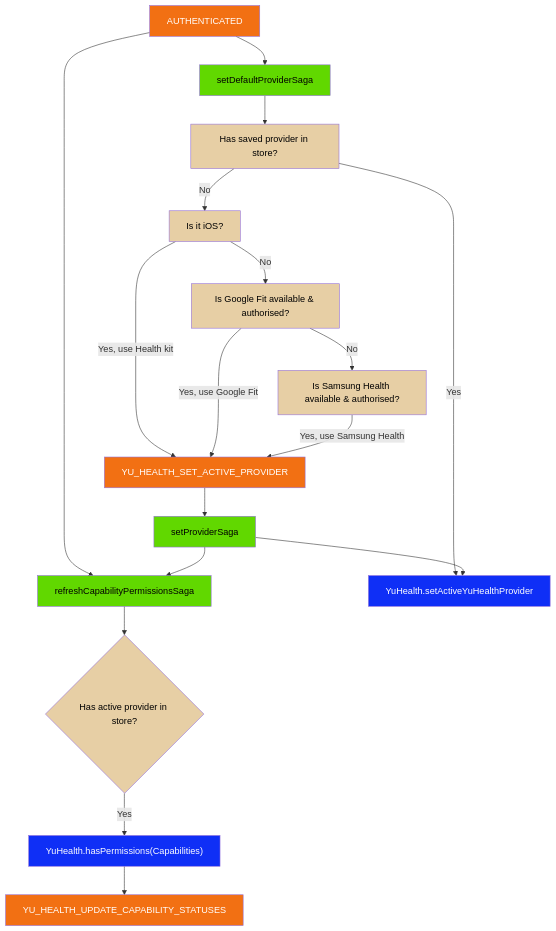
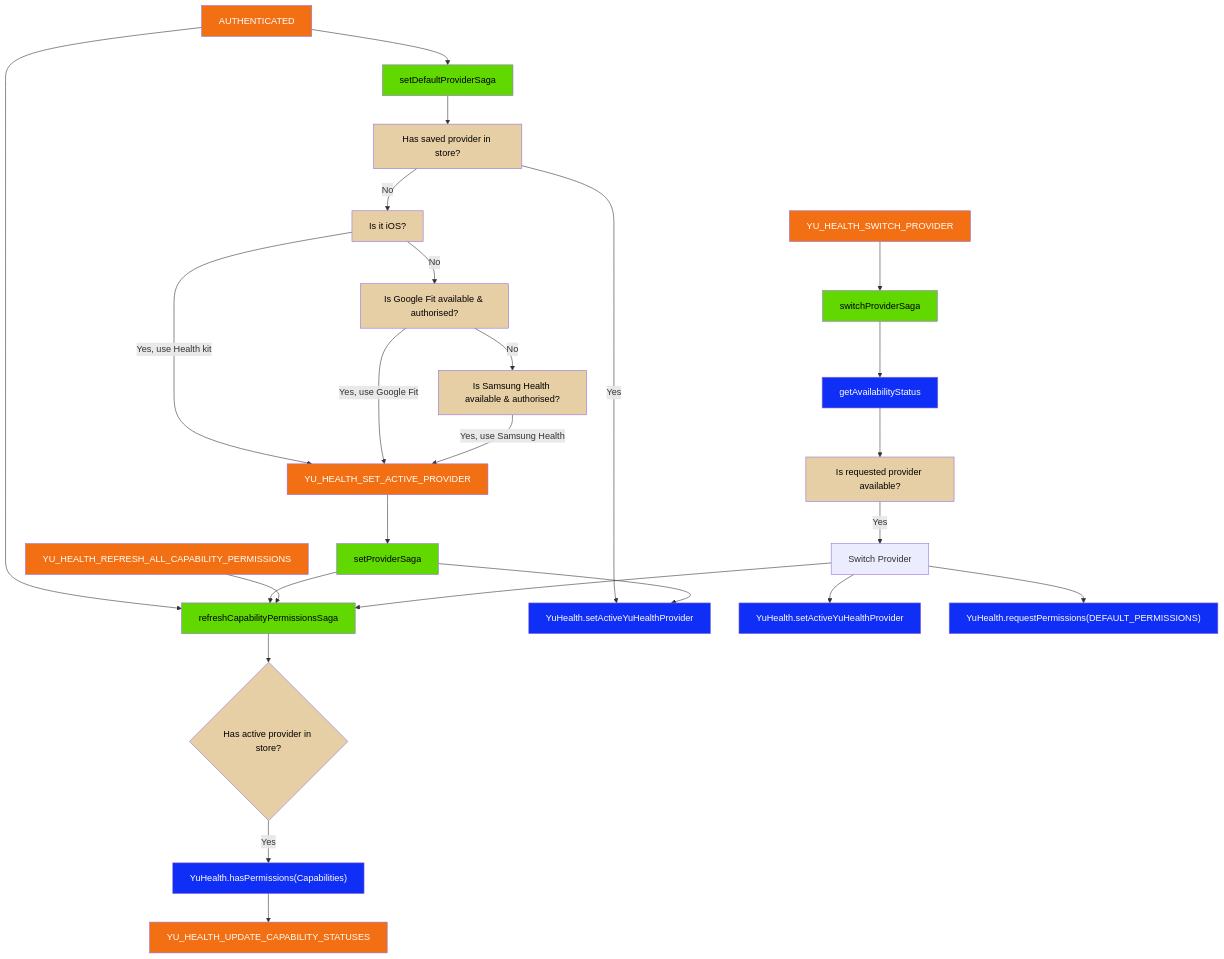
The diagram in src/redux/yu-health/YU_HEALTH_DOCS.md (AmitYuLife/yulife-app-storybook), drawn with Mermaid before and after one commit. The commit also changed 7 other files, not shown here.

````diff
--- a/src/redux/yu-health/YU_HEALTH_DOCS.md
+++ b/src/redux/yu-health/YU_HEALTH_DOCS.md
@@ -3,25 +3,33 @@
 ```mermaid
 graph TD
     classDef condition fill:#E7CFA5,color:black
     classDef saga fill:#61d800,color:black
     classDef action fill:#f27013,color:white
     classDef function fill:#fa8100,color:white
     classDef selector fill:#3722f6,color:white
     classDef native fill:#0f2ff6,color:white
 
     AUTHENTICATED:::action
     AUTHENTICATED --> refreshCapabilityPermissionsSaga:::saga
 
     AUTHENTICATED --> setDefaultProviderSaga:::saga
 
     setDefaultProviderSaga --> hasSavedProvider["Has saved provider in store?"]:::condition --> |Yes| nativeSetActiveYuHealthProvider["YuHealth.setActiveYuHealthProvider"]:::native
     hasSavedProvider --> |No| isIos["Is it iOS?"]:::condition --> |Yes, use Health kit| setActiveYuHealthProvider
 
     setActiveYuHealthProvider["YU_HEALTH_SET_ACTIVE_PROVIDER"]:::action --> setProviderSaga:::saga --> nativeSetActiveYuHealthProvider
     setProviderSaga --> refreshCapabilityPermissionsSaga
     isIos --> |No|isGoogleFitAvailable["Is Google Fit available & authorised?"]:::condition --> |Yes, use Google Fit|setActiveYuHealthProvider
     isGoogleFitAvailable --> |No|isSamsungHealthAvailable["Is Samsung Health available & authorised?"]:::condition --> |Yes, use Samsung Health|setActiveYuHealthProvider
     refreshCapabilityPermissionsSaga --> hasActiveProvider{Has active provider in store?}:::condition
     hasActiveProvider --> |Yes| yuHealthHasPermissions["YuHealth.hasPermissions(Capabilities)"]:::native
     --> YU_HEALTH_UPDATE_CAPABILITY_STATUSES:::action
+    YU_HEALTH_REFRESH_ALL_CAPABILITY_PERMISSIONS:::action --> refreshCapabilityPermissionsSaga
+
+    YU_HEALTH_SWITCH_PROVIDER:::action --> switchProviderSaga:::saga
+    switchProviderSaga --> getAvailabilityStatus:::native --> isProviderAvailable["Is requested provider available?"]:::condition
+    --> |Yes| switchProvider["Switch Provider"]
+    switchProvider --> nativeSetActiveYuHealthProvider2["YuHealth.setActiveYuHealthProvider"]:::native
+    switchProvider --> requestPermissions["YuHealth.requestPermissions(DEFAULT_PERMISSIONS)"]:::native
+    switchProvider --> refreshCapabilityPermissionsSaga
 ```
````
